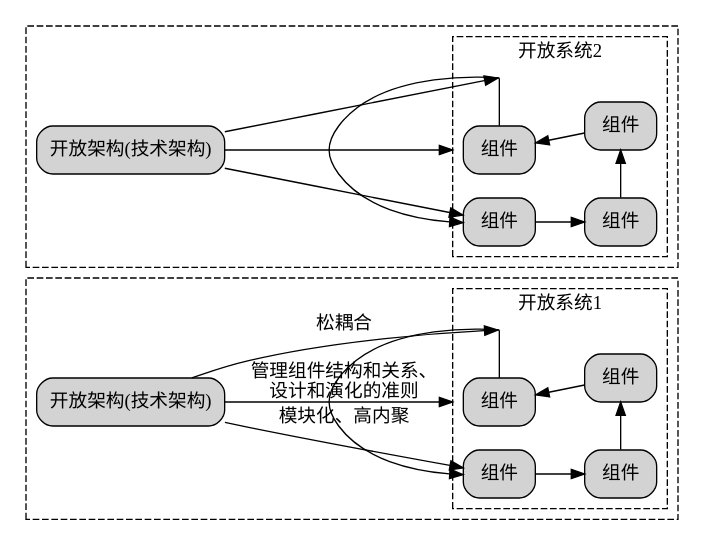
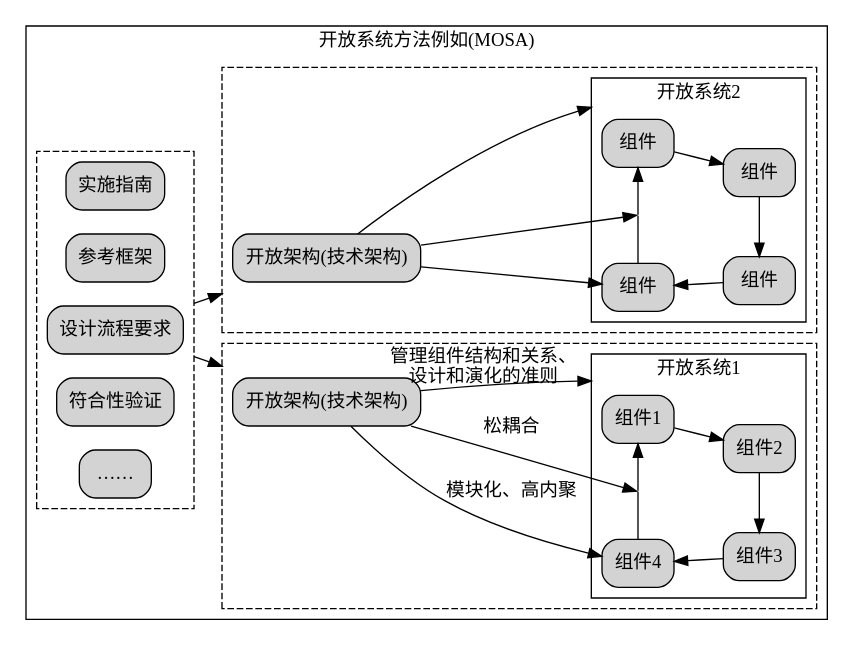
Before and after one commit to chaozhang2000/soa: the diagram in parts/definition1.dot, drawn with Graphviz. The commit also changed 2 other files, not shown here.

```diff
--- a/parts/definition1.dot
+++ b/parts/definition1.dot
@@ -1,63 +1,81 @@
 digraph G {
   graph [rankdir=LR,compound=true];
   node [shape=box, style="rounded,filled"];
-  
+
+subgraph cluster_MOSA{
+  label="开放系统方法例如(MOSA)"
+	subgraph cluster_MOSAduyou{
+	label=""
+	style=dashed;
+	shishizhidao[label="实施指南\n"]
+	cankaokuangjia[label="参考框架\n"]
+	shejiliucheng[label="设计流程要求\n"]
+	fuhexingyanzheng[label="符合性验证\n"]
+	shenluehao[label="……\n"]
+}
   subgraph cluster1{
     label="";
 	style = dashed;
     
     subgraph cluster_system1{
       label="开放系统1"
-      node1[label="组件"]
-      node2[label="组件"] 
-      node3[label="组件"]
-      node4[label="组件"]
+	style=solid
+      node1[label="组件1"]
+      node2[label="组件2"] 
+      node3[label="组件3"]
+      node4[label="组件4"]
       
       // 创建不可见节点
       invis_node1 [shape=point, width=0, height=0, label=""]
+      invis_node_system1 [shape=point, width=0, height=0, label=""]
       
       // 重新连接节点，在node1和node2之间插入不可见节点
       node1 -> node2
       node2 -> node3
       node3 -> node4
       node4 -> invis_node1 [dir=none]  // dir=none 表示没有箭头
       invis_node1 -> node1
       
       {rank=same;node1;node4;invis_node1}
-      {rank=same;node2;node3}
+      {rank=same;node2;node3;invis_node_system1}
     }
   TA1[label="开放架构(技术架构)"]
-  TA1->node1[label="模块化、高内聚"]
+  TA1->node4[label="模块化、高内聚"]
   TA1->invis_node1[label="松耦合"]
-  TA1->node4[label="管理组件结构和关系、\n设计和演化的准则",lhead="cluster_system1"]
+  TA1->invis_node_system1[labeldistance=5,labelangle=15,taillabel="管理组件结构和关系、\n设计和演化的准则",lhead="cluster_system1"]
 }
   subgraph cluster2{
     label="";
 	style = dashed;
     
     subgraph cluster_system2{
       label="开放系统2"
+	style=solid
       node5[label="组件"]
       node6[label="组件"] 
       node7[label="组件"]
       node8[label="组件"]
       
       // 创建不可见节点
       invis_node2 [shape=point, width=0, height=0, label=""]
+      invis_node_system2 [shape=point, width=0, height=0, label=""]
       
       // 重新连接节点，在node5和node6之间插入不可见节点
       node5 -> node6
       node6 -> node7
       node7 -> node8
       node8 -> invis_node2 [dir=none]  // dir=none 表示没有箭头
       invis_node2 -> node5
       
       {rank=same;node5;node8;invis_node2}
-      {rank=same;node6;node7}
+      {rank=same;node6;node7;invis_node_system2}
     }
   TA2[label="开放架构(技术架构)"]
-  TA2->node5
+  TA2->node8
   TA2->invis_node2
-  TA2->node8[lhead="cluster_system2"]
+  TA2->invis_node_system2[lhead="cluster_system2"]
   }
 }
+	shejiliucheng->TA2[lhead="cluster2",ltail="cluster_MOSAduyou"]
+	shejiliucheng->TA1[lhead="cluster1",ltail="cluster_MOSAduyou"]
+}
```
